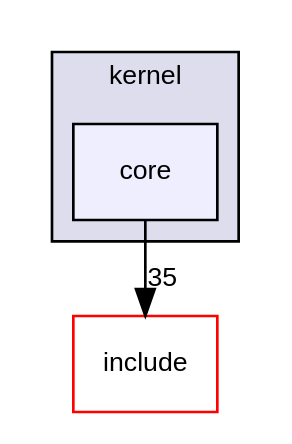
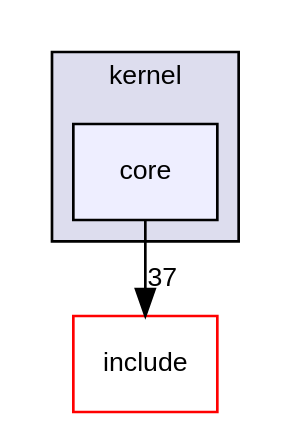
The diagram in dir_9d92afb85601fa668a77948a323ddb7b_dep.dot (mpgramlich/mpgramlich.github.io), drawn with Graphviz before and after one commit. The commit also changed 259 other files, not shown here.

```diff
--- a/dir_9d92afb85601fa668a77948a323ddb7b_dep.dot
+++ b/dir_9d92afb85601fa668a77948a323ddb7b_dep.dot
@@ -1,11 +1,11 @@
 digraph "/home/loudish/modustus-cs450/mpx-spring2017-modestus/mpx_core/kernel/core" {
   compound=true
   node [ fontsize="10", fontname="Helvetica"];
   edge [ labelfontsize="10", labelfontname="Helvetica"];
   subgraph clusterdir_4f9ae5e26222695c680b311488e00d67 {
     graph [ bgcolor="#ddddee", pencolor="black", label="kernel" fontname="Helvetica", fontsize="10", URL="dir_4f9ae5e26222695c680b311488e00d67.html"]
   dir_9d92afb85601fa668a77948a323ddb7b [shape=box, label="core", style="filled", fillcolor="#eeeeff", pencolor="black", URL="dir_9d92afb85601fa668a77948a323ddb7b.html"];
   }
   dir_2b2cfc5bbf2f7ab54aab1325e138d170 [shape=box label="include" fillcolor="white" style="filled" color="red" URL="dir_2b2cfc5bbf2f7ab54aab1325e138d170.html"];
-  dir_9d92afb85601fa668a77948a323ddb7b->dir_2b2cfc5bbf2f7ab54aab1325e138d170 [headlabel="35", labeldistance=1.5 headhref="dir_000005_000001.html"];
+  dir_9d92afb85601fa668a77948a323ddb7b->dir_2b2cfc5bbf2f7ab54aab1325e138d170 [headlabel="37", labeldistance=1.5 headhref="dir_000005_000001.html"];
 }
```
